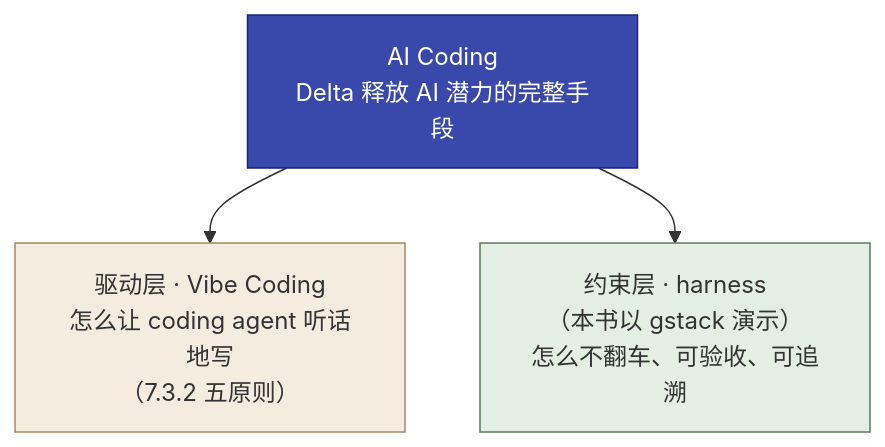
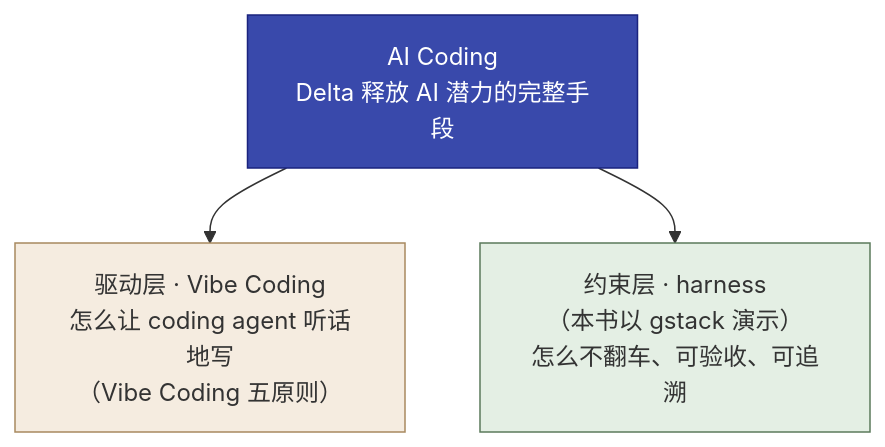
The third of 4 diagrams in textbook/第07章_Delta工作法_AI_Coding与工程纪律.md (cloudzun/fde-102), drawn with Mermaid before and after one commit. The commit also changed 7 other files, not shown here.

First line of the commit message:
清理残留小节号引用：正文/表格/mermaid 节点中的 N.x 全部去号

````diff
--- a/textbook/第07章_Delta工作法_AI_Coding与工程纪律.md
+++ b/textbook/第07章_Delta工作法_AI_Coding与工程纪律.md
@@ -145,11 +145,11 @@
 ```mermaid
 flowchart TB
     ac["AI Coding<br/>Delta 释放 AI 潜力的完整手段"]
-    drive["驱动层 · Vibe Coding<br/>怎么让 coding agent 听话地写<br/>（7.3.2 五原则）"]
+    drive["驱动层 · Vibe Coding<br/>怎么让 coding agent 听话地写<br/>（Vibe Coding 五原则）"]
     constraint["约束层 · harness<br/>（本书以 gstack 演示）<br/>怎么不翻车、可验收、可追溯"]
     ac --> drive
     ac --> constraint
     style ac fill:#3949ab,color:#fff,stroke:#1a237e
     style drive fill:#f5ece0,stroke:#a8895f
     style constraint fill:#e4efe4,stroke:#5b7a5b
 ```
````
